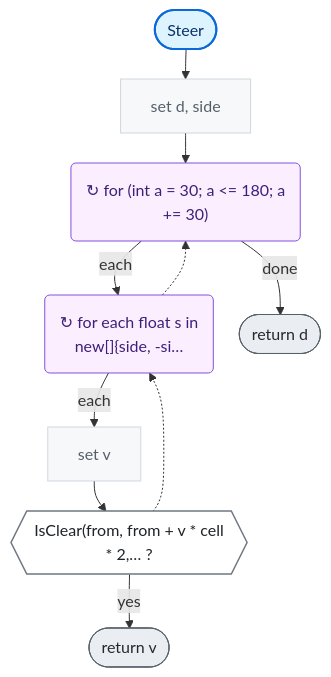
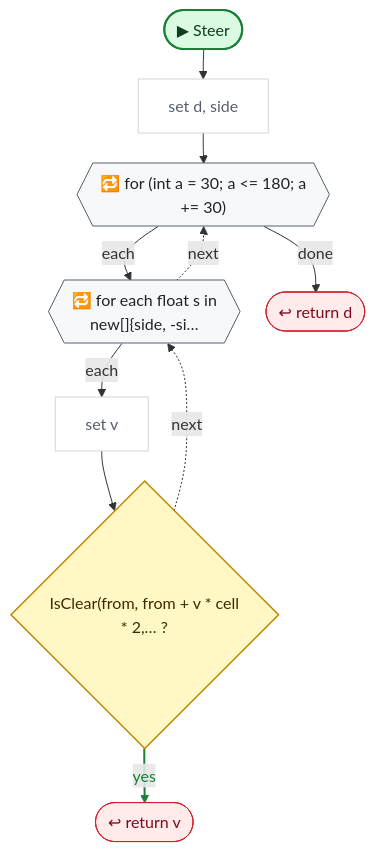
One commit to nataiai/Lord-of-the-Dungeon changed the sixth of 14 diagrams in CodeGraph~/graph/AI/PathFinding.cs.md. Above: the diagram before and after it, drawn with Mermaid. The commit also changed other lines of this file and 44 other files, not shown here.

````diff
--- a/CodeGraph~/graph/AI/PathFinding.cs.md
+++ b/CodeGraph~/graph/AI/PathFinding.cs.md
@@ -330,42 +356,47 @@
 ```mermaid
 ---
 config:
   flowchart:
     wrappingWidth: 260
     nodeSpacing: 26
     rankSpacing: 30
 ---
 flowchart TD
-  nS(["Steer"])
+  nS(["▶ Steer"])
   n47921a["set d, side"]
-  nffb55c("  ↻ for (int a = 30; a #60;= 180; a<br>+= 30)  ")
-  n9be029("  ↻ for each float s in<br>new[]{side, -si…  ")
+  nffb55c{{"🔁 for (int a = 30; a #60;= 180; a<br>+= 30)"}}
+  n9be029{{"🔁 for each float s in<br>new[]{side, -si…"}}
   n4e5566["set v"]
-  nff9c28{{"IsClear(from, from + v * cell<br>* 2,… ?"}}
-  nc1c58e(["return v"])
-  ndc8ffe(["return d"])
+  nff9c28{"IsClear(from, from + v * cell<br>* 2,… ?"}
+  nc1c58e(["↩ return v"])
+  ndc8ffe(["↩ return d"])
   nS --> n47921a
   n47921a --> nffb55c
   nffb55c -->|each| n9be029
   n9be029 -->|each| n4e5566
   n4e5566 --> nff9c28
   nff9c28 -->|yes| nc1c58e
-  nff9c28 -.-> n9be029
-  n9be029 -.-> nffb55c
+  nff9c28 -.->|next| n9be029
+  n9be029 -.->|next| nffb55c
   nffb55c -->|done| ndc8ffe
-  classDef unity fill:#fff1c2,stroke:#9a6700,stroke-width:2px,color:#3b2300
-  classDef start fill:#ddf4ff,stroke:#0969da,stroke-width:2px,color:#0a3069
-  classDef calc fill:#f6f8fa,stroke:#d0d7de,color:#57606a
-  classDef calls fill:#ffffff,stroke:#0969da,stroke-width:2.5px,color:#0a3069
-  classDef cond fill:#ffffff,stroke:#6e7781,stroke-width:1.5px,color:#1f2328
-  classDef loop fill:#fbefff,stroke:#8250df,color:#3e1f79
-  classDef exit fill:#eaeef2,stroke:#57606a,color:#24292f
-  classDef wait fill:#fff8f0,stroke:#bc4c00,color:#4d1d00
+  linkStyle 5 stroke:#1a7f37,stroke-width:2px,color:#1a7f37
+  classDef unity fill:#dafbe1,stroke:#1a7f37,stroke-width:2px,color:#0f3d1d
+  classDef start fill:#dafbe1,stroke:#1a7f37,stroke-width:2px,color:#0f3d1d
+  classDef calc fill:#ffffff,stroke:#d0d7de,color:#57606a
+  classDef calls fill:#ddf4ff,stroke:#0969da,stroke-width:2px,color:#0a3069
+  classDef ext fill:#ddf4ff,stroke:#0969da,stroke-width:2px,stroke-dasharray:5 3,color:#0a3069
+  classDef cond fill:#fff8c5,stroke:#bf8700,stroke-width:1.5px,color:#3d2a00
+  classDef loop fill:#f6f8fa,stroke:#57606a,color:#1f2328
+  classDef exit fill:#ffebe9,stroke:#cf222e,color:#82071e
+  classDef kill fill:#ffebe9,stroke:#cf222e,stroke-width:2px,color:#82071e
+  classDef spawn fill:#dafbe1,stroke:#1a7f37,stroke-width:2px,color:#0f3d1d
+  classDef wait fill:#fff1e5,stroke:#bc4c00,color:#4d1d00
   classDef fin fill:#eaeef2,stroke:#8c959f,color:#57606a
   classDef join fill:#d0d7de,stroke:#8c959f,color:#57606a
+  classDef ghdr fill:#f5f9ff,stroke:#f5f9ff,color:#0a3069,font-weight:bold
   class n47921a,n4e5566 calc
   class nff9c28 cond
   class nc1c58e,ndc8ffe exit
   class nffb55c,n9be029 loop
   class nS start
 ```
````
